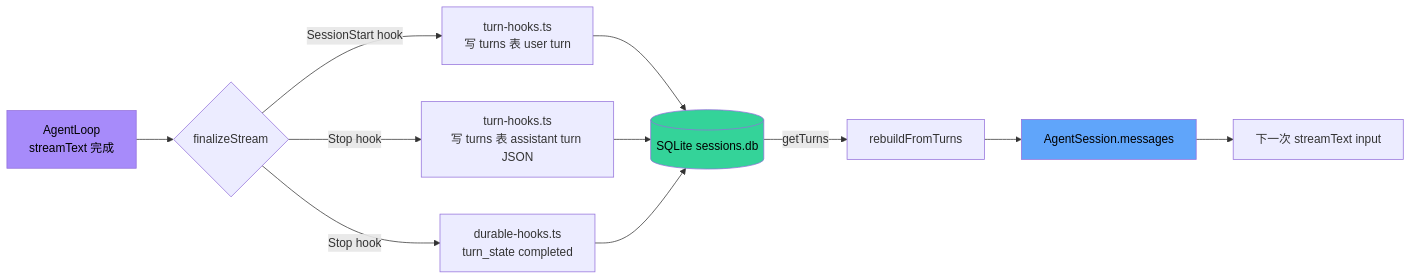
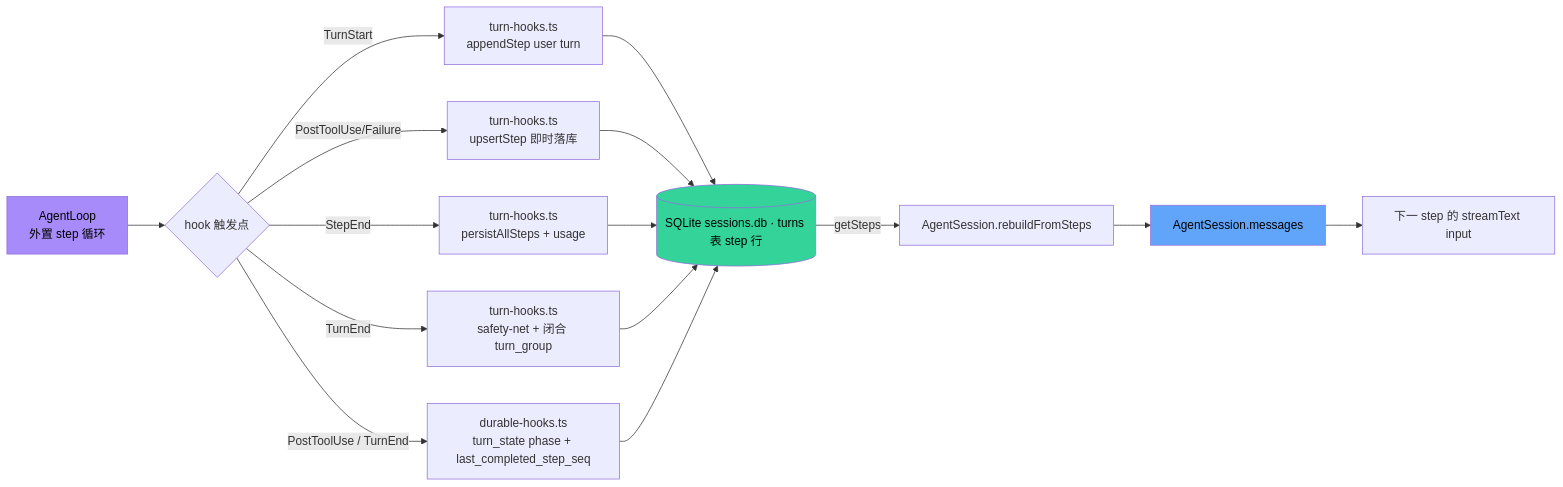
The fourth of 4 diagrams in docs/arch/05-persistence.md (LanicBlue/zero-core), drawn with Mermaid before and after one commit. The commit also changed other lines of this file and 7 other files, not shown here.

````diff
--- a/docs/arch/05-persistence.md
+++ b/docs/arch/05-persistence.md
@@ -903,17 +932,21 @@
 ```mermaid
 flowchart LR
-    A[AgentLoop<br/>streamText 完成] --> B{finalizeStream}
-    B -->|SessionStart hook| T1[turn-hooks.ts<br/>写 turns 表 user turn]
-    B -->|Stop hook| T2[turn-hooks.ts<br/>写 turns 表 assistant turn JSON]
-    B -->|Stop hook| T3[durable-hooks.ts<br/>turn_state completed]
-    T1 --> DB[(SQLite sessions.db)]
+    A[AgentLoop<br/>外置 step 循环] --> B{hook 触发点}
+    B -->|TurnStart| T0[turn-hooks.ts<br/>appendStep user turn]
+    B -->|PostToolUse/Failure| T1[turn-hooks.ts<br/>upsertStep 即时落库]
+    B -->|StepEnd| T2[turn-hooks.ts<br/>persistAllSteps + usage]
+    B -->|TurnEnd| T3[turn-hooks.ts<br/>safety-net + 闭合 turn_group]
+    B -->|PostToolUse / TurnEnd| T4[durable-hooks.ts<br/>turn_state phase + last_completed_step_seq]
+    T0 --> DB[(SQLite sessions.db · turns 表 step 行)]
+    T1 --> DB
     T2 --> DB
     T3 --> DB
-    DB -->|getTurns| R[rebuildFromTurns]
+    T4 --> DB
+    DB -->|getSteps| R[AgentSession.rebuildFromSteps]
     R --> M[AgentSession.messages]
-    M --> N[下一次 streamText input]
+    M --> N[下一 step 的 streamText input]
 
     style A fill:#a78bfa,color:#000
     style DB fill:#34d399,color:#000
     style M fill:#60a5fa,color:#000
 ```
````
